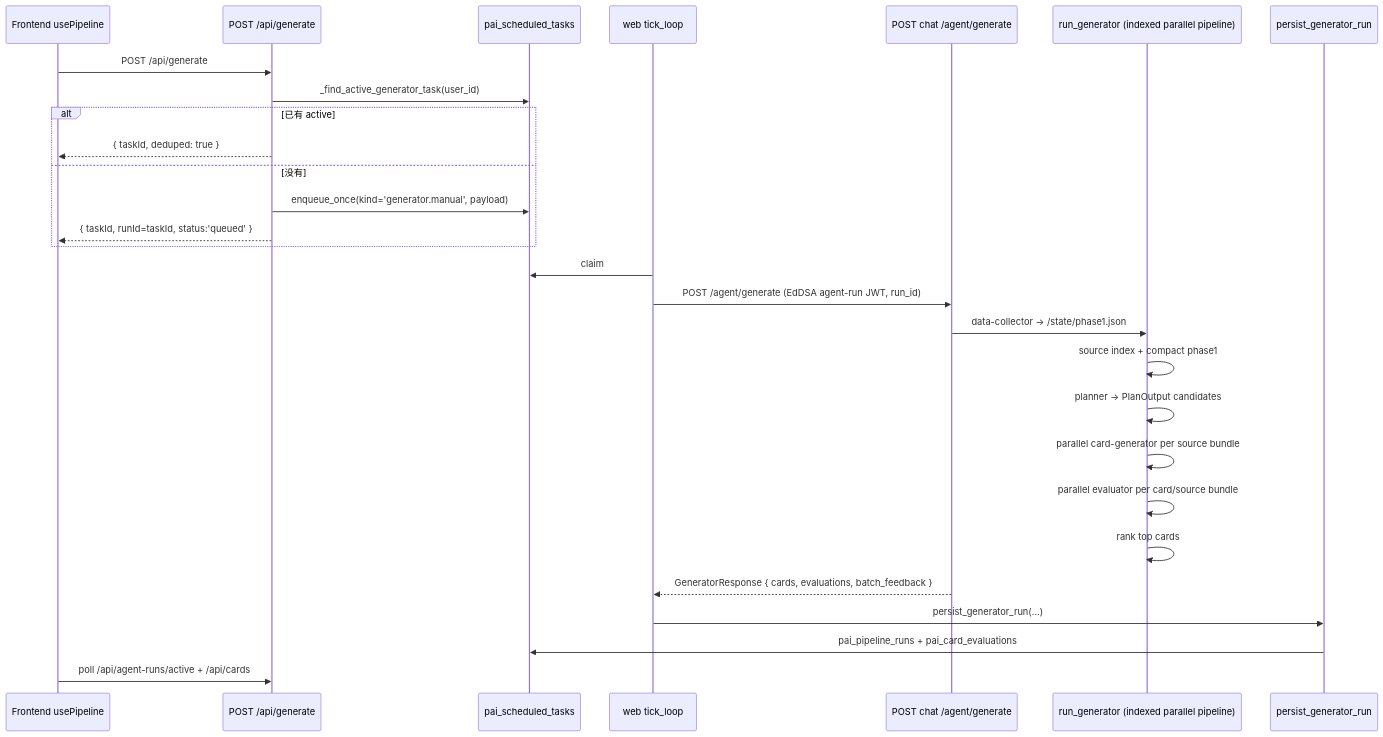
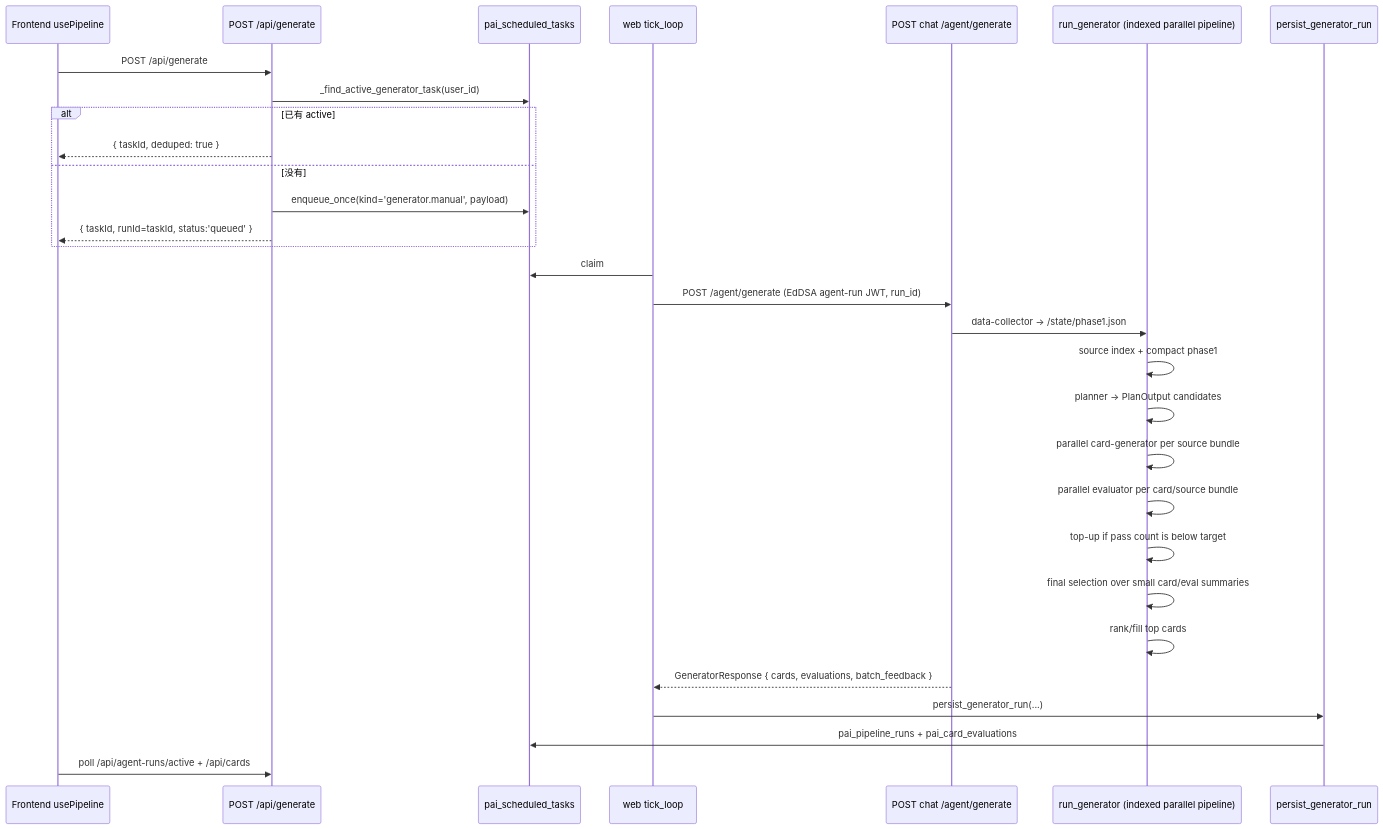
One commit to Edge-AI-HQ/proactive-assistant changed the second of 2 diagrams in docs/modules/generation.mdx. Above: the diagram before and after it, drawn with Mermaid. The commit also changed other lines of this file and 5 other files, not shown here.

````diff
--- a/docs/modules/generation.mdx
+++ b/docs/modules/generation.mdx
@@ -52,31 +52,33 @@
 ```mermaid
 sequenceDiagram
   participant FE as Frontend usePipeline
   participant Web as POST /api/generate
   participant DB as pai_scheduled_tasks
   participant Sched as web tick_loop
   participant Chat as POST chat /agent/generate
   participant Agent as run_generator (indexed parallel pipeline)
   participant Save as persist_generator_run
 
   FE->>Web: POST /api/generate
   Web->>DB: _find_active_generator_task(user_id)
   alt 已有 active
     Web-->>FE: { taskId, deduped: true }
   else 没有
     Web->>DB: enqueue_once(kind='generator.manual', payload)
     Web-->>FE: { taskId, runId=taskId, status:'queued' }
   end
   Sched->>DB: claim
   Sched->>Chat: POST /agent/generate (EdDSA agent-run JWT, run_id)
   Chat->>Agent: data-collector → /state/phase1.json
   Agent->>Agent: source index + compact phase1
   Agent->>Agent: planner → PlanOutput candidates
   Agent->>Agent: parallel card-generator per source bundle
   Agent->>Agent: parallel evaluator per card/source bundle
-  Agent->>Agent: rank top cards
+  Agent->>Agent: top-up if pass count is below target
+  Agent->>Agent: final selection over small card/eval summaries
+  Agent->>Agent: rank/fill top cards
   Chat-->>Sched: GeneratorResponse { cards, evaluations, batch_feedback }
   Sched->>Save: persist_generator_run(...)
   Save->>DB: pai_pipeline_runs + pai_card_evaluations
   FE->>Web: poll /api/agent-runs/active + /api/cards
 ```
````
